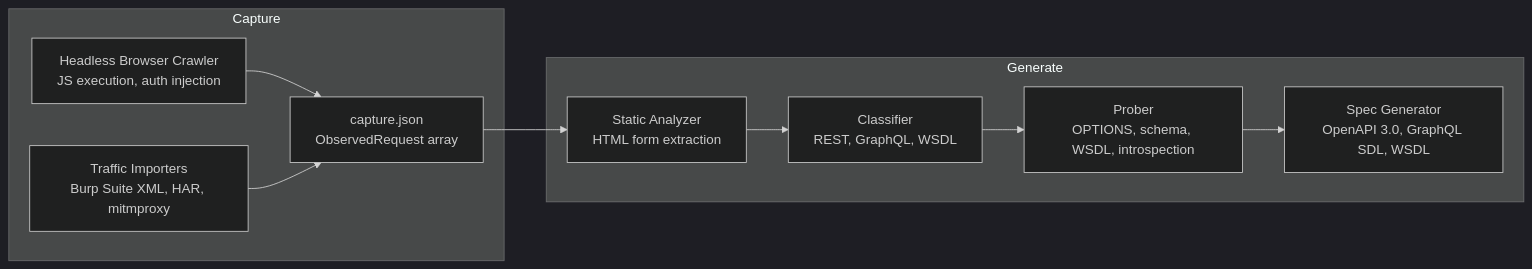
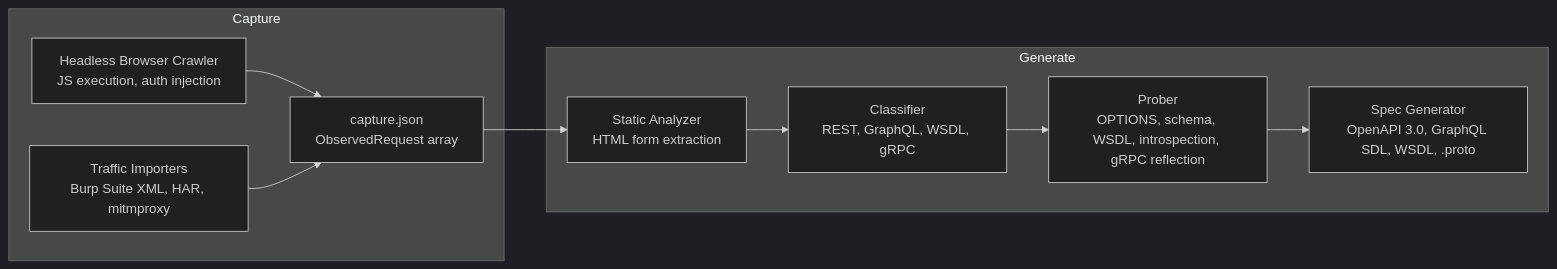
One commit to eli-wald/vespasian changed the diagram in README.md. Above: the diagram before and after it, drawn with Mermaid (dark theme). The commit also changed other lines of this file and 1 other file, not shown here.

First line of the commit message:
docs(grpc): document gRPC support in README and CLAUDE.md (LAB-2783)

````diff
--- a/README.md
+++ b/README.md
@@ -59,13 +60,13 @@
 ```mermaid
 flowchart LR
     subgraph Capture
         A["Headless Browser Crawler<br/>JS execution, auth injection"] --> C["capture.json<br/>ObservedRequest array"]
         B["Traffic Importers<br/>Burp Suite XML, HAR, mitmproxy"] --> C
     end
     subgraph Generate
         C --> S["Static Analyzer<br/>HTML form extraction"]
-        S --> D["Classifier<br/>REST, GraphQL, WSDL"]
-        D --> E["Prober<br/>OPTIONS, schema, WSDL, introspection"]
-        E --> F["Spec Generator<br/>OpenAPI 3.0, GraphQL SDL, WSDL"]
+        S --> D["Classifier<br/>REST, GraphQL, WSDL, gRPC"]
+        D --> E["Prober<br/>OPTIONS, schema, WSDL, introspection, gRPC reflection"]
+        E --> F["Spec Generator<br/>OpenAPI 3.0, GraphQL SDL, WSDL, .proto"]
     end
 ```
````
